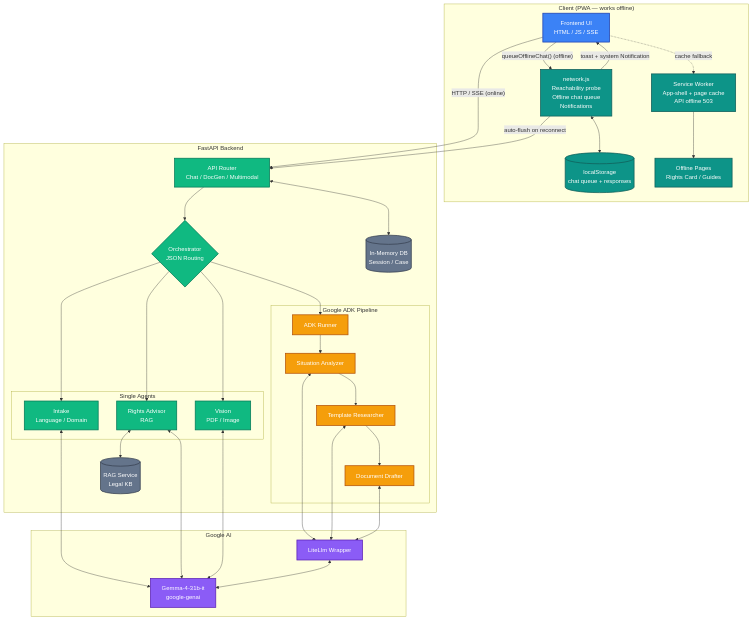
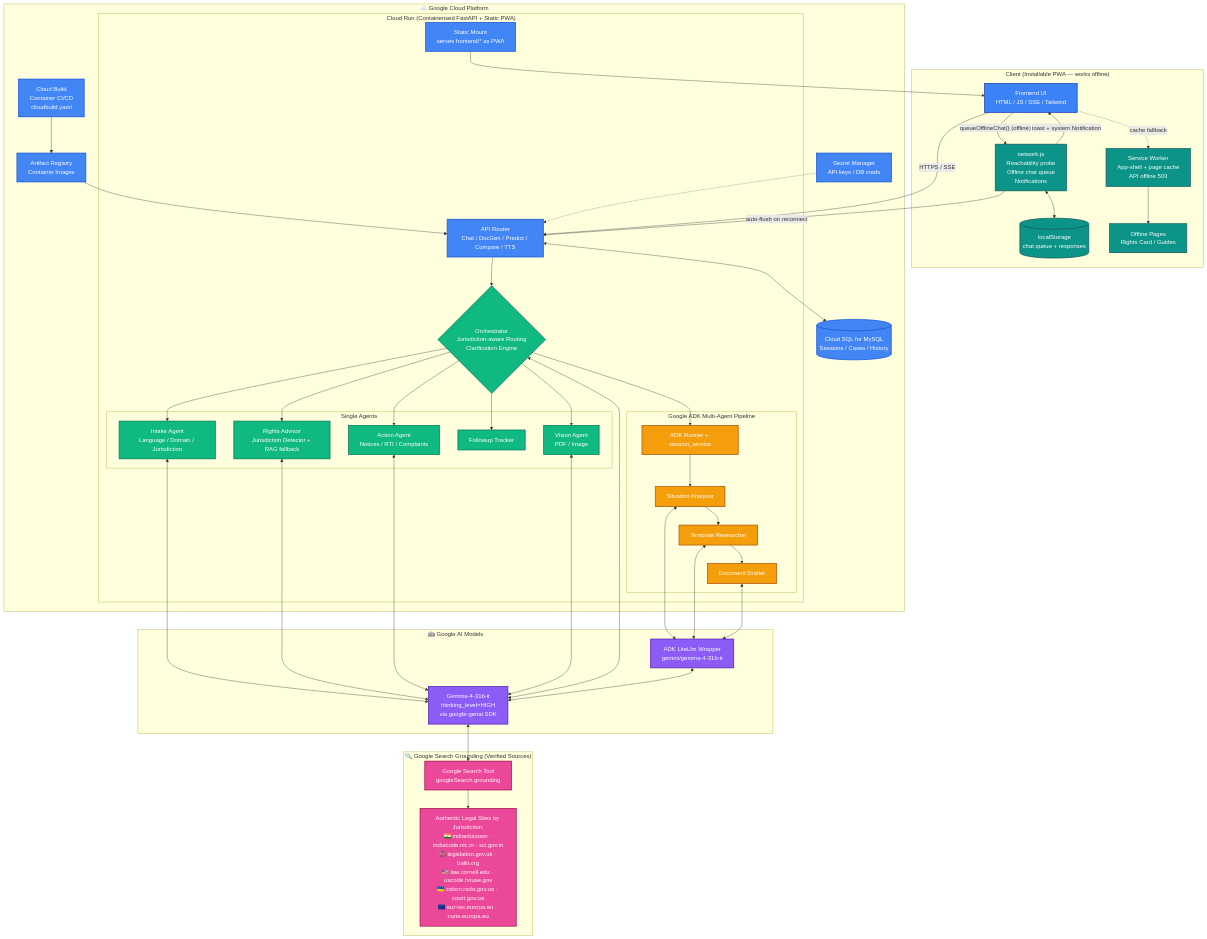
Before and after one commit to sid321axn/dharma_nyaya_legal_ai: the diagram in README.md, drawn with Mermaid. The commit also changed other lines of this file, not shown here.

Commit message:
updated architecture

````diff
--- a/README.md
+++ b/README.md
@@ -27,69 +27,95 @@
     %% Styling
     classDef frontend fill:#3b82f6,stroke:#1e40af,stroke-width:2px,color:#fff
     classDef offline fill:#0d9488,stroke:#115e59,stroke-width:2px,color:#fff
+    classDef gcp fill:#4285F4,stroke:#1a56db,stroke-width:2px,color:#fff
     classDef backend fill:#10b981,stroke:#047857,stroke-width:2px,color:#fff
     classDef gemma fill:#8b5cf6,stroke:#5b21b6,stroke-width:2px,color:#fff
     classDef adk fill:#f59e0b,stroke:#b45309,stroke-width:2px,color:#fff
+    classDef ground fill:#ec4899,stroke:#9d174d,stroke-width:2px,color:#fff
     classDef db fill:#64748b,stroke:#374151,stroke-width:2px,color:#fff
 
-    subgraph "Client (PWA — works offline)"
-        UI[Frontend UI<br>HTML / JS / SSE]:::frontend
+    subgraph "Client (Installable PWA — works offline)"
+        UI[Frontend UI<br>HTML / JS / SSE / Tailwind]:::frontend
         Net[network.js<br>Reachability probe<br>Offline chat queue<br>Notifications]:::offline
         SW[Service Worker<br>App-shell + page cache<br>API offline 503]:::offline
         Q[(localStorage<br>chat queue + responses)]:::offline
         Pages[Offline Pages<br>Rights Card / Guides]:::offline
     end
 
-    subgraph "FastAPI Backend"
-        API[API Router<br>Chat / DocGen / Multimodal]:::backend
-        Orchestrator{Orchestrator<br>JSON Routing}:::backend
+    subgraph "☁️ Google Cloud Platform"
+        subgraph "Cloud Run (Containerised FastAPI + Static PWA)"
+            API[API Router<br>Chat / DocGen / Predict / Compare / TTS]:::gcp
+            Static[Static Mount<br>serves frontend/* as PWA]:::gcp
+            Orchestrator{Orchestrator<br>Jurisdiction-aware Routing<br>Clarification Engine}:::backend
 
-        subgraph "Single Agents"
-            Intake[Intake<br>Language / Domain]:::backend
-            Rights[Rights Advisor<br>RAG]:::backend
-            Vis[Vision<br>PDF / Image]:::backend
+            subgraph "Single Agents"
+                Intake[Intake Agent<br>Language / Domain / Jurisdiction]:::backend
+                Rights[Rights Advisor<br>Jurisdiction Detector + RAG fallback]:::backend
+                Action[Action Agent<br>Notices / RTI / Complaints]:::backend
+                Followup[Followup Tracker]:::backend
+                Vis[Vision Agent<br>PDF / Image]:::backend
+            end
+
+            subgraph "Google ADK Multi-Agent Pipeline"
+                ADK[ADK Runner + session_service]:::adk
+                A1[Situation Analyzer]:::adk
+                A2[Template Researcher]:::adk
+                A3[Document Drafter]:::adk
+                ADK --> A1 --> A2 --> A3
+            end
         end
 
-        subgraph "Google ADK Pipeline"
-            ADK[ADK Runner]:::adk
-            A1[Situation Analyzer]:::adk
-            A2[Template Researcher]:::adk
-            A3[Document Drafter]:::adk
-            ADK --> A1 --> A2 --> A3
-        end
-
-        DB[(In-Memory DB<br>Session / Case)]:::db
-        RAG[(RAG Service<br>Legal KB)]:::db
+        CSQL[(Cloud SQL for MySQL<br>Sessions / Cases / History)]:::gcp
+        CB[Cloud Build<br>Container CI/CD<br>cloudbuild.yaml]:::gcp
+        AR[Artifact Registry<br>Container Images]:::gcp
+        Secrets[Secret Manager<br>API keys / DB creds]:::gcp
     end
 
-    subgraph "Google AI"
-        Gemma[Gemma-4-31b-it<br>google-genai]:::gemma
-        Lite[LiteLlm Wrapper]:::gemma
+    subgraph "🔍 Google Search Grounding (Verified Sources)"
+        GSrch[Google Search Tool<br>googleSearch grounding]:::ground
+        Sources[Authentic Legal Sites by Jurisdiction:<br>🇮🇳 indiankanoon · indiacode.nic.in · sci.gov.in<br>🇬🇧 legislation.gov.uk · bailii.org<br>🇺🇸 law.cornell.edu · uscode.house.gov<br>🇺🇦 zakon.rada.gov.ua · court.gov.ua<br>🇪🇺 eur-lex.europa.eu · curia.europa.eu]:::ground
+        GSrch --> Sources
+    end
+
+    subgraph "🤖 Google AI Models"
+        Gemma[Gemma-4-31b-it<br>thinking_level=HIGH<br>via google-genai SDK]:::gemma
+        Lite[ADK LiteLlm Wrapper<br>gemini/gemma-4-31b-it]:::gemma
     end
 
     %% Online flow
-    UI -- "HTTP / SSE (online)" --> API
+    UI -- "HTTPS / SSE" --> API
     UI -- "queueOfflineChat() (offline)" --> Net
     Net <--> Q
     Net -- "auto-flush on reconnect" --> API
     Net -- "toast + system Notification" --> UI
     UI -.->|cache fallback| SW
     SW --> Pages
+    Static --> UI
 
     API --> Orchestrator
     Orchestrator --> Intake
     Orchestrator --> Rights
+    Orchestrator --> Action
+    Orchestrator --> Followup
     Orchestrator --> Vis
     Orchestrator --> ADK
 
-    Rights <--> RAG
-    API <--> DB
+    API <--> CSQL
 
+    %% Grounding flow — every user-facing reply is verified
     Intake <--> Gemma
     Rights <--> Gemma
+    Action <--> Gemma
     Vis <--> Gemma
+    Orchestrator <--> Gemma
+    Gemma <--> GSrch
+
     A1 <--> Lite
     A2 <--> Lite
     A3 <--> Lite
     Lite <--> Gemma
+
+    %% Deployment pipeline
+    CB --> AR --> API
+    Secrets -.-> API
 ```
````
